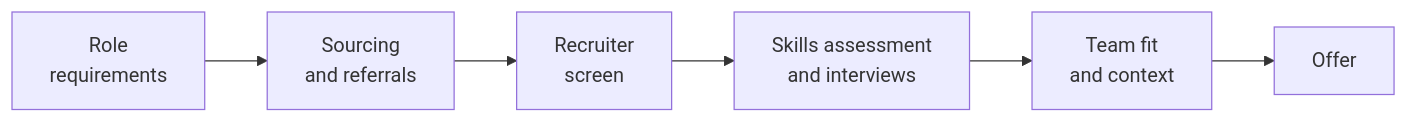
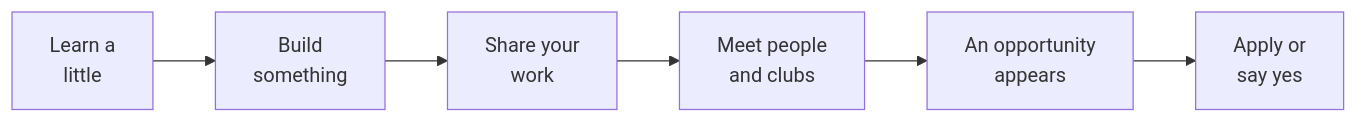
The diagram in slides/Slides.md (codebytes/tech-career-toolkit), drawn with Mermaid before and after one commit. The commit also changed other lines of this file and 2 other files, not shown here.

```diff
--- a/slides/Slides.md
+++ b/slides/Slides.md
@@ -236,8 +740,8 @@
 <pre class="mermaid">
 flowchart LR
-    A["Role<br/>requirements"] --> B["Sourcing<br/>and referrals"]
-    B --> C["Recruiter<br/>screen"]
-    C --> D["Skills assessment<br/>and interviews"]
-    D --> E["Team fit<br/>and context"]
-    E --> F["Offer"]
+    A["Learn a<br/>little"] --> B["Build<br/>something"]
+    B --> C["Share your<br/>work"]
+    C --> D["Meet people<br/>and clubs"]
+    D --> E["An opportunity<br/>appears"]
+    E --> F["Apply or<br/>say yes"]
 </pre>
```
